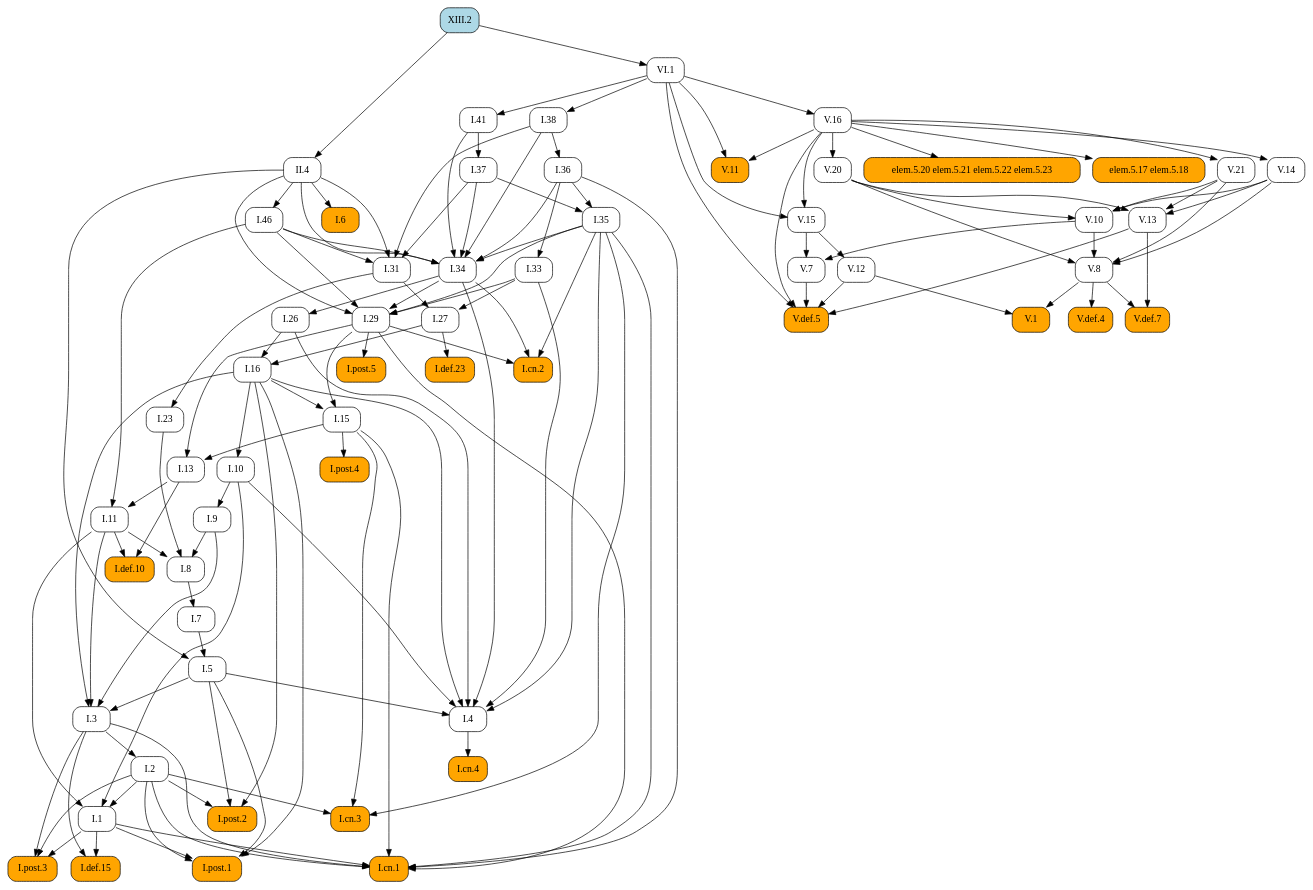
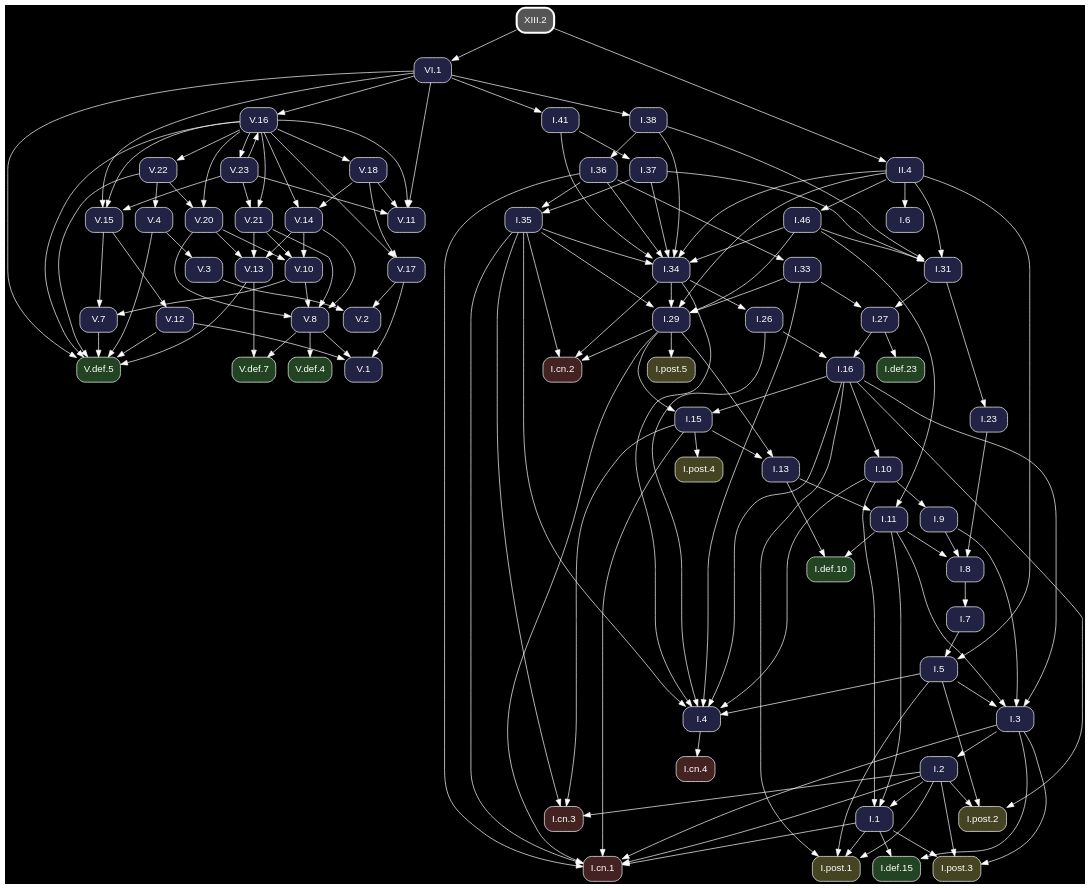
Before and after one commit to geometor/elements: the diagram in docsrc/heath/XIII/2/index.rst, drawn with Graphviz. The commit also changed other lines of this file and 1200 other files, not shown here.

Commit message:
update dependency graphs

```diff
--- a/docsrc/heath/XIII/2/index.rst
+++ b/docsrc/heath/XIII/2/index.rst
@@ -66,108 +66,201 @@
 .. graphviz::
 
    digraph {
+     bgcolor="black";
+     node [shape=box, style="rounded,filled", fontname="Helvetica", color="white", fontcolor="white"];
+     edge [color="white", fontcolor="white"];
      rankdir="TB";
-     node [shape=box, style=rounded];
-     "V.16" [URL="/heath/V/16/", target="_top"];
-     "I.23" [URL="/heath/I/23/", target="_top"];
-     "I.9" [URL="/heath/I/9/", target="_top"];
-     "I.33" [URL="/heath/I/33/", target="_top"];
-     "I.def.15" [style="rounded,filled", fillcolor=orange, URL="/heath/I/def.15/", target="_top"];
-     "V.13" [URL="/heath/V/13/", target="_top"];
-     "V.7" [URL="/heath/V/7/", target="_top"];
-     "elem.5.17 elem.5.18" [style="rounded,filled", fillcolor=orange];
-     "I.post.3" [style="rounded,filled", fillcolor=orange, URL="/heath/I/post.3/", target="_top"];
-     "I.post.1" [style="rounded,filled", fillcolor=orange, URL="/heath/I/post.1/", target="_top"];
-     "V.14" [URL="/heath/V/14/", target="_top"];
-     "V.def.5" [style="rounded,filled", fillcolor=orange, URL="/heath/V/def.5/", target="_top"];
-     "I.31" [URL="/heath/I/31/", target="_top"];
-     "I.def.10" [style="rounded,filled", fillcolor=orange, URL="/heath/I/def.10/", target="_top"];
-     "V.10" [URL="/heath/V/10/", target="_top"];
-     "VI.1" [URL="/heath/VI/1/", target="_top"];
-     "I.27" [URL="/heath/I/27/", target="_top"];
-     "V.20" [URL="/heath/V/20/", target="_top"];
-     "V.11" [style="rounded,filled", fillcolor=orange, URL="/heath/V/11/", target="_top"];
-     "II.4" [URL="/heath/II/4/", target="_top"];
-     "I.34" [URL="/heath/I/34/", target="_top"];
-     "V.12" [URL="/heath/V/12/", target="_top"];
-     "I.3" [URL="/heath/I/3/", target="_top"];
-     "V.def.4" [style="rounded,filled", fillcolor=orange, URL="/heath/V/def.4/", target="_top"];
-     "I.35" [URL="/heath/I/35/", target="_top"];
-     "I.cn.1" [style="rounded,filled", fillcolor=orange, URL="/heath/I/cn.1/", target="_top"];
-     "I.7" [URL="/heath/I/7/", target="_top"];
-     "V.def.7" [style="rounded,filled", fillcolor=orange, URL="/heath/V/def.7/", target="_top"];
-     "V.21" [URL="/heath/V/21/", target="_top"];
-     "I.2" [URL="/heath/I/2/", target="_top"];
-     "I.36" [URL="/heath/I/36/", target="_top"];
-     "XIII.2" [style="rounded,filled", fillcolor=lightblue, URL="/heath/XIII/2/", target="_top"];
-     "I.13" [URL="/heath/I/13/", target="_top"];
-     "I.post.4" [style="rounded,filled", fillcolor=orange, URL="/heath/I/post.4/", target="_top"];
-     "I.4" [URL="/heath/I/4/", target="_top"];
-     "I.1" [URL="/heath/I/1/", target="_top"];
-     "I.5" [URL="/heath/I/5/", target="_top"];
-     "I.37" [URL="/heath/I/37/", target="_top"];
-     "I.8" [URL="/heath/I/8/", target="_top"];
-     "I.29" [URL="/heath/I/29/", target="_top"];
-     "I.cn.3" [style="rounded,filled", fillcolor=orange, URL="/heath/I/cn.3/", target="_top"];
-     "I.16" [URL="/heath/I/16/", target="_top"];
-     "I.38" [URL="/heath/I/38/", target="_top"];
-     "V.8" [URL="/heath/V/8/", target="_top"];
-     "I.15" [URL="/heath/I/15/", target="_top"];
-     "V.1" [style="rounded,filled", fillcolor=orange, URL="/heath/V/1/", target="_top"];
-     "I.11" [URL="/heath/I/11/", target="_top"];
-     "I.def.23" [style="rounded,filled", fillcolor=orange, URL="/heath/I/def.23/", target="_top"];
-     "I.10" [URL="/heath/I/10/", target="_top"];
-     "I.cn.2" [style="rounded,filled", fillcolor=orange, URL="/heath/I/cn.2/", target="_top"];
-     "I.post.5" [style="rounded,filled", fillcolor=orange, URL="/heath/I/post.5/", target="_top"];
-     "I.cn.4" [style="rounded,filled", fillcolor=orange, URL="/heath/I/cn.4/", target="_top"];
-     "I.41" [URL="/heath/I/41/", target="_top"];
-     "V.15" [URL="/heath/V/15/", target="_top"];
-     "I.post.2" [style="rounded,filled", fillcolor=orange, URL="/heath/I/post.2/", target="_top"];
-     "I.46" [URL="/heath/I/46/", target="_top"];
-     "I.26" [URL="/heath/I/26/", target="_top"];
-     "I.6" [style="rounded,filled", fillcolor=orange, URL="/heath/I/6/", target="_top"];
-     "elem.5.20 elem.5.21 elem.5.22 elem.5.23" [style="rounded,filled", fillcolor=orange];
+     "V.15" [fillcolor="#222244", URL="/heath/V/15/", target="_top"];
+     "V.def.5" [fillcolor="#224422", URL="/heath/V/def.5/", target="_top"];
+     "V.22" [fillcolor="#222244", URL="/heath/V/22/", target="_top"];
+     "I.31" [fillcolor="#222244", URL="/heath/I/31/", target="_top"];
+     "I.6" [fillcolor="#222244", URL="/heath/I/6/", target="_top"];
+     "I.3" [fillcolor="#222244", URL="/heath/I/3/", target="_top"];
+     "V.12" [fillcolor="#222244", URL="/heath/V/12/", target="_top"];
+     "I.cn.1" [fillcolor="#442222", URL="/heath/I/cn.1/", target="_top"];
+     "V.18" [fillcolor="#222244", URL="/heath/V/18/", target="_top"];
+     "I.15" [fillcolor="#222244", URL="/heath/I/15/", target="_top"];
+     "V.14" [fillcolor="#222244", URL="/heath/V/14/", target="_top"];
+     "I.def.10" [fillcolor="#224422", URL="/heath/I/def.10/", target="_top"];
+     "I.13" [fillcolor="#222244", URL="/heath/I/13/", target="_top"];
+     "I.27" [fillcolor="#222244", URL="/heath/I/27/", target="_top"];
+     "V.23" [fillcolor="#222244", URL="/heath/V/23/", target="_top"];
+     "I.2" [fillcolor="#222244", URL="/heath/I/2/", target="_top"];
+     "I.41" [fillcolor="#222244", URL="/heath/I/41/", target="_top"];
+     "I.cn.2" [fillcolor="#442222", URL="/heath/I/cn.2/", target="_top"];
+     "I.9" [fillcolor="#222244", URL="/heath/I/9/", target="_top"];
+     "I.1" [fillcolor="#222244", URL="/heath/I/1/", target="_top"];
+     "I.post.5" [fillcolor="#444422", URL="/heath/I/post.5/", target="_top"];
+     "I.post.4" [fillcolor="#444422", URL="/heath/I/post.4/", target="_top"];
+     "I.23" [fillcolor="#222244", URL="/heath/I/23/", target="_top"];
+     "I.26" [fillcolor="#222244", URL="/heath/I/26/", target="_top"];
+     "I.8" [fillcolor="#222244", URL="/heath/I/8/", target="_top"];
+     "I.4" [fillcolor="#222244", URL="/heath/I/4/", target="_top"];
+     "V.4" [fillcolor="#222244", URL="/heath/V/4/", target="_top"];
+     "V.16" [fillcolor="#222244", URL="/heath/V/16/", target="_top"];
+     "I.7" [fillcolor="#222244", URL="/heath/I/7/", target="_top"];
+     "V.7" [fillcolor="#222244", URL="/heath/V/7/", target="_top"];
+     "I.5" [fillcolor="#222244", URL="/heath/I/5/", target="_top"];
+     "VI.1" [fillcolor="#222244", URL="/heath/VI/1/", target="_top"];
+     "I.10" [fillcolor="#222244", URL="/heath/I/10/", target="_top"];
+     "I.46" [fillcolor="#222244", URL="/heath/I/46/", target="_top"];
+     "V.11" [fillcolor="#222244", URL="/heath/V/11/", target="_top"];
+     "V.def.7" [fillcolor="#224422", URL="/heath/V/def.7/", target="_top"];
+     "XIII.2" [penwidth=3, color="white", fillcolor="#555555", URL="/heath/XIII/2/", target="_top"];
+     "I.post.1" [fillcolor="#444422", URL="/heath/I/post.1/", target="_top"];
+     "V.20" [fillcolor="#222244", URL="/heath/V/20/", target="_top"];
+     "V.def.4" [fillcolor="#224422", URL="/heath/V/def.4/", target="_top"];
+     "I.11" [fillcolor="#222244", URL="/heath/I/11/", target="_top"];
+     "I.37" [fillcolor="#222244", URL="/heath/I/37/", target="_top"];
+     "I.16" [fillcolor="#222244", URL="/heath/I/16/", target="_top"];
+     "I.cn.3" [fillcolor="#442222", URL="/heath/I/cn.3/", target="_top"];
+     "I.36" [fillcolor="#222244", URL="/heath/I/36/", target="_top"];
+     "I.38" [fillcolor="#222244", URL="/heath/I/38/", target="_top"];
+     "I.29" [fillcolor="#222244", URL="/heath/I/29/", target="_top"];
+     "I.post.2" [fillcolor="#444422", URL="/heath/I/post.2/", target="_top"];
+     "I.cn.4" [fillcolor="#442222", URL="/heath/I/cn.4/", target="_top"];
+     "I.def.23" [fillcolor="#224422", URL="/heath/I/def.23/", target="_top"];
+     "V.2" [fillcolor="#222244", URL="/heath/V/2/", target="_top"];
+     "I.35" [fillcolor="#222244", URL="/heath/I/35/", target="_top"];
+     "V.1" [fillcolor="#222244", URL="/heath/V/1/", target="_top"];
+     "I.post.3" [fillcolor="#444422", URL="/heath/I/post.3/", target="_top"];
+     "V.13" [fillcolor="#222244", URL="/heath/V/13/", target="_top"];
+     "V.21" [fillcolor="#222244", URL="/heath/V/21/", target="_top"];
+     "I.33" [fillcolor="#222244", URL="/heath/I/33/", target="_top"];
+     "V.8" [fillcolor="#222244", URL="/heath/V/8/", target="_top"];
+     "I.34" [fillcolor="#222244", URL="/heath/I/34/", target="_top"];
+     "I.def.15" [fillcolor="#224422", URL="/heath/I/def.15/", target="_top"];
+     "V.3" [fillcolor="#222244", URL="/heath/V/3/", target="_top"];
+     "V.17" [fillcolor="#222244", URL="/heath/V/17/", target="_top"];
+     "V.10" [fillcolor="#222244", URL="/heath/V/10/", target="_top"];
+     "II.4" [fillcolor="#222244", URL="/heath/II/4/", target="_top"];
+     "V.16" -> "V.15";
+     "V.23" -> "V.15";
+     "VI.1" -> "V.15";
+     "V.4" -> "V.def.5";
+     "V.7" -> "V.def.5";
+     "V.12" -> "V.def.5";
+     "V.13" -> "V.def.5";
+     "V.16" -> "V.def.5";
+     "V.22" -> "V.def.5";
+     "VI.1" -> "V.def.5";
+     "V.16" -> "V.22";
+     "I.37" -> "I.31";
+     "I.38" -> "I.31";
+     "I.46" -> "I.31";
+     "II.4" -> "I.31";
+     "II.4" -> "I.6";
+     "I.5" -> "I.3";
+     "I.9" -> "I.3";
+     "I.11" -> "I.3";
+     "I.16" -> "I.3";
+     "V.15" -> "V.12";
+     "I.1" -> "I.cn.1";
+     "I.2" -> "I.cn.1";
+     "I.3" -> "I.cn.1";
+     "I.15" -> "I.cn.1";
+     "I.29" -> "I.cn.1";
+     "I.35" -> "I.cn.1";
+     "I.36" -> "I.cn.1";
+     "V.16" -> "V.18";
+     "I.16" -> "I.15";
+     "I.29" -> "I.15";
+     "V.16" -> "V.14";
+     "V.18" -> "V.14";
+     "I.11" -> "I.def.10";
+     "I.13" -> "I.def.10";
+     "I.15" -> "I.13";
+     "I.29" -> "I.13";
+     "I.31" -> "I.27";
+     "I.33" -> "I.27";
+     "V.16" -> "V.23";
+     "I.3" -> "I.2";
+     "VI.1" -> "I.41";
+     "I.29" -> "I.cn.2";
+     "I.34" -> "I.cn.2";
+     "I.35" -> "I.cn.2";
+     "I.10" -> "I.9";
+     "I.2" -> "I.1";
+     "I.10" -> "I.1";
+     "I.11" -> "I.1";
+     "I.29" -> "I.post.5";
+     "I.15" -> "I.post.4";
+     "I.31" -> "I.23";
+     "I.34" -> "I.26";
+     "I.9" -> "I.8";
+     "I.11" -> "I.8";
+     "I.23" -> "I.8";
+     "I.5" -> "I.4";
+     "I.10" -> "I.4";
+     "I.16" -> "I.4";
+     "I.26" -> "I.4";
+     "I.33" -> "I.4";
+     "I.34" -> "I.4";
+     "I.35" -> "I.4";
+     "V.22" -> "V.4";
+     "V.23" -> "V.16";
      "VI.1" -> "V.16";
-     "I.31" -> "I.23";
-     "I.10" -> "I.9";
-     "I.36" -> "I.33";
-     "I.1" -> "I.def.15";
-     "I.3" -> "I.def.15";
-     "V.14" -> "V.13";
-     "V.20" -> "V.13";
-     "V.21" -> "V.13";
+     "I.8" -> "I.7";
      "V.10" -> "V.7";
      "V.15" -> "V.7";
-     "V.16" -> "elem.5.17 elem.5.18";
-     "I.1" -> "I.post.3";
-     "I.2" -> "I.post.3";
-     "I.3" -> "I.post.3";
+     "I.7" -> "I.5";
+     "II.4" -> "I.5";
+     "XIII.2" -> "VI.1";
+     "I.16" -> "I.10";
+     "II.4" -> "I.46";
+     "V.16" -> "V.11";
+     "V.18" -> "V.11";
+     "V.23" -> "V.11";
+     "VI.1" -> "V.11";
+     "V.8" -> "V.def.7";
+     "V.13" -> "V.def.7";
      "I.1" -> "I.post.1";
      "I.2" -> "I.post.1";
      "I.5" -> "I.post.1";
      "I.16" -> "I.post.1";
-     "V.16" -> "V.14";
-     "V.7" -> "V.def.5";
-     "V.12" -> "V.def.5";
-     "V.13" -> "V.def.5";
-     "V.16" -> "V.def.5";
-     "VI.1" -> "V.def.5";
-     "I.37" -> "I.31";
-     "I.38" -> "I.31";
-     "I.46" -> "I.31";
-     "II.4" -> "I.31";
-     "I.11" -> "I.def.10";
-     "I.13" -> "I.def.10";
-     "V.14" -> "V.10";
-     "V.20" -> "V.10";
-     "V.21" -> "V.10";
-     "XIII.2" -> "VI.1";
-     "I.31" -> "I.27";
-     "I.33" -> "I.27";
      "V.16" -> "V.20";
-     "V.16" -> "V.11";
-     "VI.1" -> "V.11";
-     "XIII.2" -> "II.4";
+     "V.22" -> "V.20";
+     "V.8" -> "V.def.4";
+     "I.13" -> "I.11";
+     "I.46" -> "I.11";
+     "I.41" -> "I.37";
+     "I.26" -> "I.16";
+     "I.27" -> "I.16";
+     "I.2" -> "I.cn.3";
+     "I.15" -> "I.cn.3";
+     "I.35" -> "I.cn.3";
+     "I.38" -> "I.36";
+     "VI.1" -> "I.38";
+     "I.33" -> "I.29";
+     "I.34" -> "I.29";
+     "I.35" -> "I.29";
+     "I.46" -> "I.29";
+     "II.4" -> "I.29";
+     "I.2" -> "I.post.2";
+     "I.5" -> "I.post.2";
+     "I.16" -> "I.post.2";
+     "I.4" -> "I.cn.4";
+     "I.27" -> "I.def.23";
+     "V.3" -> "V.2";
+     "V.17" -> "V.2";
+     "I.36" -> "I.35";
+     "I.37" -> "I.35";
+     "V.8" -> "V.1";
+     "V.12" -> "V.1";
+     "V.17" -> "V.1";
+     "I.1" -> "I.post.3";
+     "I.2" -> "I.post.3";
+     "I.3" -> "I.post.3";
+     "V.14" -> "V.13";
+     "V.20" -> "V.13";
+     "V.21" -> "V.13";
+     "V.16" -> "V.21";
+     "V.23" -> "V.21";
+     "I.36" -> "I.33";
+     "V.10" -> "V.8";
+     "V.14" -> "V.8";
+     "V.20" -> "V.8";
+     "V.21" -> "V.8";
      "I.35" -> "I.34";
      "I.36" -> "I.34";
      "I.37" -> "I.34";
@@ -175,82 +268,13 @@
      "I.41" -> "I.34";
      "I.46" -> "I.34";
      "II.4" -> "I.34";
-     "V.15" -> "V.12";
-     "I.5" -> "I.3";
-     "I.9" -> "I.3";
-     "I.11" -> "I.3";
-     "I.16" -> "I.3";
-     "V.8" -> "V.def.4";
-     "I.36" -> "I.35";
-     "I.37" -> "I.35";
-     "I.1" -> "I.cn.1";
-     "I.2" -> "I.cn.1";
-     "I.3" -> "I.cn.1";
-     "I.15" -> "I.cn.1";
-     "I.29" -> "I.cn.1";
-     "I.35" -> "I.cn.1";
-     "I.36" -> "I.cn.1";
-     "I.8" -> "I.7";
-     "V.8" -> "V.def.7";
-     "V.13" -> "V.def.7";
-     "V.16" -> "V.21";
-     "I.3" -> "I.2";
-     "I.38" -> "I.36";
-     "I.15" -> "I.13";
-     "I.29" -> "I.13";
-     "I.15" -> "I.post.4";
-     "I.5" -> "I.4";
-     "I.10" -> "I.4";
-     "I.16" -> "I.4";
-     "I.26" -> "I.4";
-     "I.33" -> "I.4";
-     "I.34" -> "I.4";
-     "I.35" -> "I.4";
-     "I.2" -> "I.1";
-     "I.10" -> "I.1";
-     "I.11" -> "I.1";
-     "I.7" -> "I.5";
-     "II.4" -> "I.5";
-     "I.41" -> "I.37";
-     "I.9" -> "I.8";
-     "I.11" -> "I.8";
-     "I.23" -> "I.8";
-     "I.33" -> "I.29";
-     "I.34" -> "I.29";
-     "I.35" -> "I.29";
-     "I.46" -> "I.29";
-     "II.4" -> "I.29";
-     "I.2" -> "I.cn.3";
-     "I.15" -> "I.cn.3";
-     "I.35" -> "I.cn.3";
-     "I.26" -> "I.16";
-     "I.27" -> "I.16";
-     "VI.1" -> "I.38";
-     "V.10" -> "V.8";
-     "V.14" -> "V.8";
-     "V.20" -> "V.8";
-     "V.21" -> "V.8";
-     "I.16" -> "I.15";
-     "I.29" -> "I.15";
-     "V.8" -> "V.1";
-     "V.12" -> "V.1";
-     "I.13" -> "I.11";
-     "I.46" -> "I.11";
-     "I.27" -> "I.def.23";
-     "I.16" -> "I.10";
-     "I.29" -> "I.cn.2";
-     "I.34" -> "I.cn.2";
-     "I.35" -> "I.cn.2";
-     "I.29" -> "I.post.5";
-     "I.4" -> "I.cn.4";
-     "VI.1" -> "I.41";
-     "V.16" -> "V.15";
-     "VI.1" -> "V.15";
-     "I.2" -> "I.post.2";
-     "I.5" -> "I.post.2";
-     "I.16" -> "I.post.2";
-     "II.4" -> "I.46";
-     "I.34" -> "I.26";
-     "II.4" -> "I.6";
-     "V.16" -> "elem.5.20 elem.5.21 elem.5.22 elem.5.23";
+     "I.1" -> "I.def.15";
+     "I.3" -> "I.def.15";
+     "V.4" -> "V.3";
+     "V.16" -> "V.17";
+     "V.18" -> "V.17";
+     "V.14" -> "V.10";
+     "V.20" -> "V.10";
+     "V.21" -> "V.10";
+     "XIII.2" -> "II.4";
    }
```
